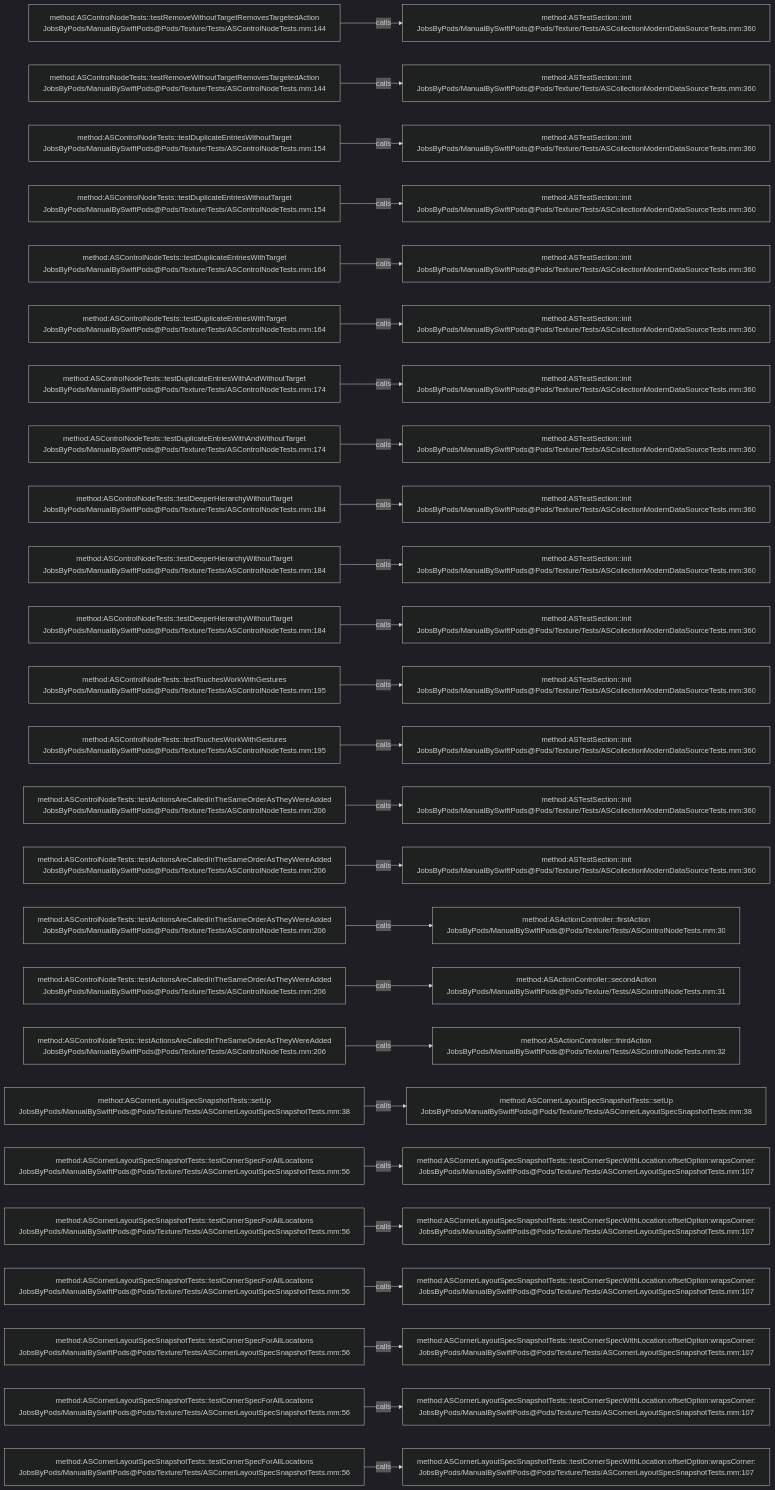
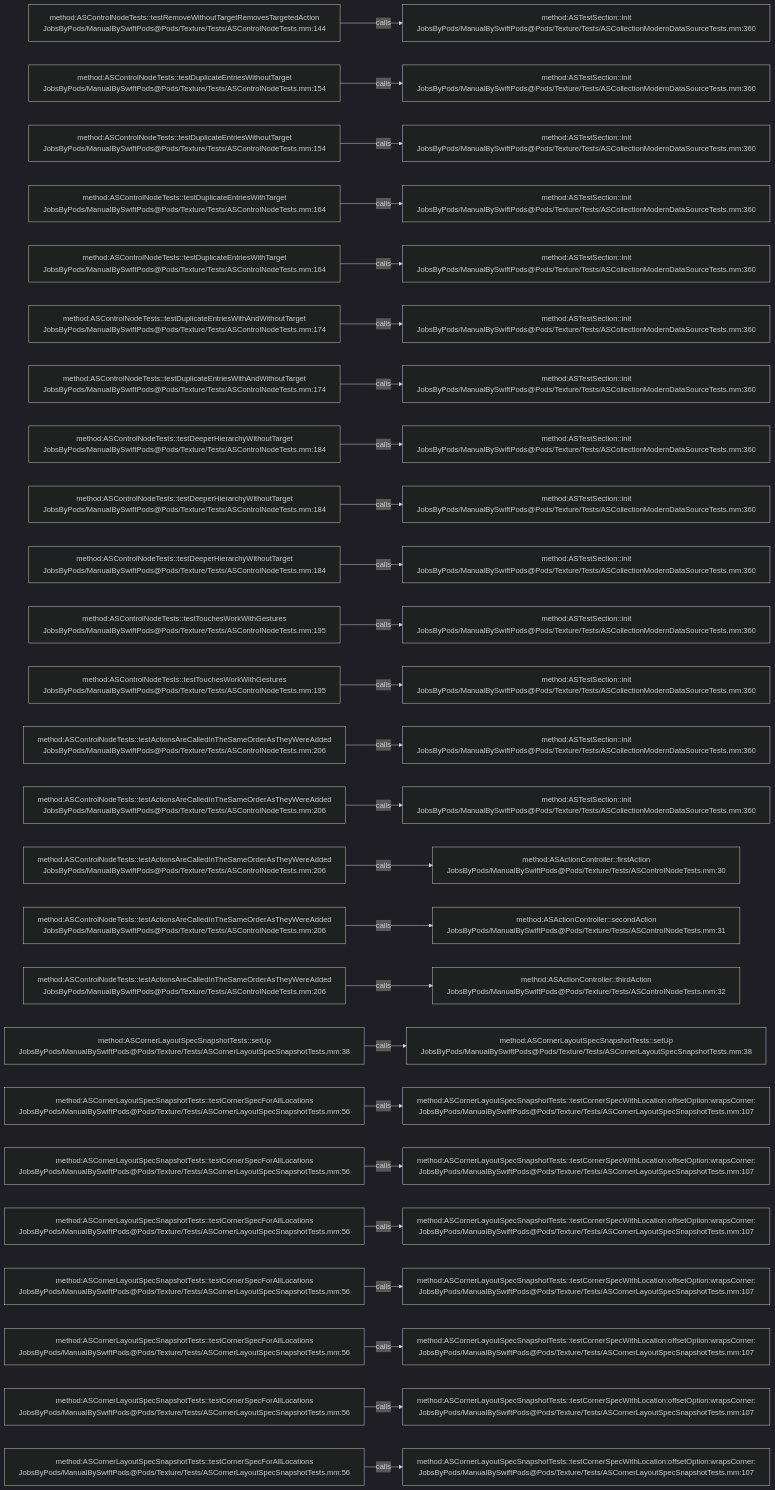
Before and after one commit to JobsKits/JobsSwiftBaseConfigDemo: the diagram in .codegraph/codegraph.md/graphs/calls-176.md, drawn with Mermaid (dark theme). The commit also changed 747 other files, not shown here.

````diff
--- a/.codegraph/codegraph.md/graphs/calls-176.md
+++ b/.codegraph/codegraph.md/graphs/calls-176.md
@@ -13,78 +13,78 @@
 ```mermaid
 flowchart LR
   S1["method:ASControlNodeTests::testRemoveWithoutTargetRemovesTargetedAction<br/>JobsByPods/ManualBySwiftPods@Pods/Texture/Tests/ASControlNodeTests.mm:144"]
   T1["method:ASTestSection::init<br/>JobsByPods/ManualBySwiftPods@Pods/Texture/Tests/ASCollectionModernDataSourceTests.mm:360"]
   S1 -->|calls| T1
-  S2["method:ASControlNodeTests::testRemoveWithoutTargetRemovesTargetedAction<br/>JobsByPods/ManualBySwiftPods@Pods/Texture/Tests/ASControlNodeTests.mm:144"]
+  S2["method:ASControlNodeTests::testDuplicateEntriesWithoutTarget<br/>JobsByPods/ManualBySwiftPods@Pods/Texture/Tests/ASControlNodeTests.mm:154"]
   T2["method:ASTestSection::init<br/>JobsByPods/ManualBySwiftPods@Pods/Texture/Tests/ASCollectionModernDataSourceTests.mm:360"]
   S2 -->|calls| T2
   S3["method:ASControlNodeTests::testDuplicateEntriesWithoutTarget<br/>JobsByPods/ManualBySwiftPods@Pods/Texture/Tests/ASControlNodeTests.mm:154"]
   T3["method:ASTestSection::init<br/>JobsByPods/ManualBySwiftPods@Pods/Texture/Tests/ASCollectionModernDataSourceTests.mm:360"]
   S3 -->|calls| T3
-  S4["method:ASControlNodeTests::testDuplicateEntriesWithoutTarget<br/>JobsByPods/ManualBySwiftPods@Pods/Texture/Tests/ASControlNodeTests.mm:154"]
+  S4["method:ASControlNodeTests::testDuplicateEntriesWithTarget<br/>JobsByPods/ManualBySwiftPods@Pods/Texture/Tests/ASControlNodeTests.mm:164"]
   T4["method:ASTestSection::init<br/>JobsByPods/ManualBySwiftPods@Pods/Texture/Tests/ASCollectionModernDataSourceTests.mm:360"]
   S4 -->|calls| T4
   S5["method:ASControlNodeTests::testDuplicateEntriesWithTarget<br/>JobsByPods/ManualBySwiftPods@Pods/Texture/Tests/ASControlNodeTests.mm:164"]
   T5["method:ASTestSection::init<br/>JobsByPods/ManualBySwiftPods@Pods/Texture/Tests/ASCollectionModernDataSourceTests.mm:360"]
   S5 -->|calls| T5
-  S6["method:ASControlNodeTests::testDuplicateEntriesWithTarget<br/>JobsByPods/ManualBySwiftPods@Pods/Texture/Tests/ASControlNodeTests.mm:164"]
+  S6["method:ASControlNodeTests::testDuplicateEntriesWithAndWithoutTarget<br/>JobsByPods/ManualBySwiftPods@Pods/Texture/Tests/ASControlNodeTests.mm:174"]
   T6["method:ASTestSection::init<br/>JobsByPods/ManualBySwiftPods@Pods/Texture/Tests/ASCollectionModernDataSourceTests.mm:360"]
   S6 -->|calls| T6
   S7["method:ASControlNodeTests::testDuplicateEntriesWithAndWithoutTarget<br/>JobsByPods/ManualBySwiftPods@Pods/Texture/Tests/ASControlNodeTests.mm:174"]
   T7["method:ASTestSection::init<br/>JobsByPods/ManualBySwiftPods@Pods/Texture/Tests/ASCollectionModernDataSourceTests.mm:360"]
   S7 -->|calls| T7
-  S8["method:ASControlNodeTests::testDuplicateEntriesWithAndWithoutTarget<br/>JobsByPods/ManualBySwiftPods@Pods/Texture/Tests/ASControlNodeTests.mm:174"]
+  S8["method:ASControlNodeTests::testDeeperHierarchyWithoutTarget<br/>JobsByPods/ManualBySwiftPods@Pods/Texture/Tests/ASControlNodeTests.mm:184"]
   T8["method:ASTestSection::init<br/>JobsByPods/ManualBySwiftPods@Pods/Texture/Tests/ASCollectionModernDataSourceTests.mm:360"]
   S8 -->|calls| T8
   S9["method:ASControlNodeTests::testDeeperHierarchyWithoutTarget<br/>JobsByPods/ManualBySwiftPods@Pods/Texture/Tests/ASControlNodeTests.mm:184"]
   T9["method:ASTestSection::init<br/>JobsByPods/ManualBySwiftPods@Pods/Texture/Tests/ASCollectionModernDataSourceTests.mm:360"]
   S9 -->|calls| T9
   S10["method:ASControlNodeTests::testDeeperHierarchyWithoutTarget<br/>JobsByPods/ManualBySwiftPods@Pods/Texture/Tests/ASControlNodeTests.mm:184"]
   T10["method:ASTestSection::init<br/>JobsByPods/ManualBySwiftPods@Pods/Texture/Tests/ASCollectionModernDataSourceTests.mm:360"]
   S10 -->|calls| T10
-  S11["method:ASControlNodeTests::testDeeperHierarchyWithoutTarget<br/>JobsByPods/ManualBySwiftPods@Pods/Texture/Tests/ASControlNodeTests.mm:184"]
+  S11["method:ASControlNodeTests::testTouchesWorkWithGestures<br/>JobsByPods/ManualBySwiftPods@Pods/Texture/Tests/ASControlNodeTests.mm:195"]
   T11["method:ASTestSection::init<br/>JobsByPods/ManualBySwiftPods@Pods/Texture/Tests/ASCollectionModernDataSourceTests.mm:360"]
   S11 -->|calls| T11
   S12["method:ASControlNodeTests::testTouchesWorkWithGestures<br/>JobsByPods/ManualBySwiftPods@Pods/Texture/Tests/ASControlNodeTests.mm:195"]
   T12["method:ASTestSection::init<br/>JobsByPods/ManualBySwiftPods@Pods/Texture/Tests/ASCollectionModernDataSourceTests.mm:360"]
   S12 -->|calls| T12
-  S13["method:ASControlNodeTests::testTouchesWorkWithGestures<br/>JobsByPods/ManualBySwiftPods@Pods/Texture/Tests/ASControlNodeTests.mm:195"]
+  S13["method:ASControlNodeTests::testActionsAreCalledInTheSameOrderAsTheyWereAdded<br/>JobsByPods/ManualBySwiftPods@Pods/Texture/Tests/ASControlNodeTests.mm:206"]
   T13["method:ASTestSection::init<br/>JobsByPods/ManualBySwiftPods@Pods/Texture/Tests/ASCollectionModernDataSourceTests.mm:360"]
   S13 -->|calls| T13
   S14["method:ASControlNodeTests::testActionsAreCalledInTheSameOrderAsTheyWereAdded<br/>JobsByPods/ManualBySwiftPods@Pods/Texture/Tests/ASControlNodeTests.mm:206"]
   T14["method:ASTestSection::init<br/>JobsByPods/ManualBySwiftPods@Pods/Texture/Tests/ASCollectionModernDataSourceTests.mm:360"]
   S14 -->|calls| T14
   S15["method:ASControlNodeTests::testActionsAreCalledInTheSameOrderAsTheyWereAdded<br/>JobsByPods/ManualBySwiftPods@Pods/Texture/Tests/ASControlNodeTests.mm:206"]
-  T15["method:ASTestSection::init<br/>JobsByPods/ManualBySwiftPods@Pods/Texture/Tests/ASCollectionModernDataSourceTests.mm:360"]
+  T15["method:ASActionController::firstAction<br/>JobsByPods/ManualBySwiftPods@Pods/Texture/Tests/ASControlNodeTests.mm:30"]
   S15 -->|calls| T15
   S16["method:ASControlNodeTests::testActionsAreCalledInTheSameOrderAsTheyWereAdded<br/>JobsByPods/ManualBySwiftPods@Pods/Texture/Tests/ASControlNodeTests.mm:206"]
-  T16["method:ASActionController::firstAction<br/>JobsByPods/ManualBySwiftPods@Pods/Texture/Tests/ASControlNodeTests.mm:30"]
+  T16["method:ASActionController::secondAction<br/>JobsByPods/ManualBySwiftPods@Pods/Texture/Tests/ASControlNodeTests.mm:31"]
   S16 -->|calls| T16
   S17["method:ASControlNodeTests::testActionsAreCalledInTheSameOrderAsTheyWereAdded<br/>JobsByPods/ManualBySwiftPods@Pods/Texture/Tests/ASControlNodeTests.mm:206"]
-  T17["method:ASActionController::secondAction<br/>JobsByPods/ManualBySwiftPods@Pods/Texture/Tests/ASControlNodeTests.mm:31"]
+  T17["method:ASActionController::thirdAction<br/>JobsByPods/ManualBySwiftPods@Pods/Texture/Tests/ASControlNodeTests.mm:32"]
   S17 -->|calls| T17
-  S18["method:ASControlNodeTests::testActionsAreCalledInTheSameOrderAsTheyWereAdded<br/>JobsByPods/ManualBySwiftPods@Pods/Texture/Tests/ASControlNodeTests.mm:206"]
-  T18["method:ASActionController::thirdAction<br/>JobsByPods/ManualBySwiftPods@Pods/Texture/Tests/ASControlNodeTests.mm:32"]
+  S18["method:ASCornerLayoutSpecSnapshotTests::setUp<br/>JobsByPods/ManualBySwiftPods@Pods/Texture/Tests/ASCornerLayoutSpecSnapshotTests.mm:38"]
+  T18["method:ASCornerLayoutSpecSnapshotTests::setUp<br/>JobsByPods/ManualBySwiftPods@Pods/Texture/Tests/ASCornerLayoutSpecSnapshotTests.mm:38"]
   S18 -->|calls| T18
-  S19["method:ASCornerLayoutSpecSnapshotTests::setUp<br/>JobsByPods/ManualBySwiftPods@Pods/Texture/Tests/ASCornerLayoutSpecSnapshotTests.mm:38"]
-  T19["method:ASCornerLayoutSpecSnapshotTests::setUp<br/>JobsByPods/ManualBySwiftPods@Pods/Texture/Tests/ASCornerLayoutSpecSnapshotTests.mm:38"]
+  S19["method:ASCornerLayoutSpecSnapshotTests::testCornerSpecForAllLocations<br/>JobsByPods/ManualBySwiftPods@Pods/Texture/Tests/ASCornerLayoutSpecSnapshotTests.mm:56"]
+  T19["method:ASCornerLayoutSpecSnapshotTests::testCornerSpecWithLocation:offsetOption:wrapsCorner:<br/>JobsByPods/ManualBySwiftPods@Pods/Texture/Tests/ASCornerLayoutSpecSnapshotTests.mm:107"]
   S19 -->|calls| T19
   S20["method:ASCornerLayoutSpecSnapshotTests::testCornerSpecForAllLocations<br/>JobsByPods/ManualBySwiftPods@Pods/Texture/Tests/ASCornerLayoutSpecSnapshotTests.mm:56"]
   T20["method:ASCornerLayoutSpecSnapshotTests::testCornerSpecWithLocation:offsetOption:wrapsCorner:<br/>JobsByPods/ManualBySwiftPods@Pods/Texture/Tests/ASCornerLayoutSpecSnapshotTests.mm:107"]
   S20 -->|calls| T20
   S21["method:ASCornerLayoutSpecSnapshotTests::testCornerSpecForAllLocations<br/>JobsByPods/ManualBySwiftPods@Pods/Texture/Tests/ASCornerLayoutSpecSnapshotTests.mm:56"]
   T21["method:ASCornerLayoutSpecSnapshotTests::testCornerSpecWithLocation:offsetOption:wrapsCorner:<br/>JobsByPods/ManualBySwiftPods@Pods/Texture/Tests/ASCornerLayoutSpecSnapshotTests.mm:107"]
   S21 -->|calls| T21
   S22["method:ASCornerLayoutSpecSnapshotTests::testCornerSpecForAllLocations<br/>JobsByPods/ManualBySwiftPods@Pods/Texture/Tests/ASCornerLayoutSpecSnapshotTests.mm:56"]
   T22["method:ASCornerLayoutSpecSnapshotTests::testCornerSpecWithLocation:offsetOption:wrapsCorner:<br/>JobsByPods/ManualBySwiftPods@Pods/Texture/Tests/ASCornerLayoutSpecSnapshotTests.mm:107"]
   S22 -->|calls| T22
   S23["method:ASCornerLayoutSpecSnapshotTests::testCornerSpecForAllLocations<br/>JobsByPods/ManualBySwiftPods@Pods/Texture/Tests/ASCornerLayoutSpecSnapshotTests.mm:56"]
   T23["method:ASCornerLayoutSpecSnapshotTests::testCornerSpecWithLocation:offsetOption:wrapsCorner:<br/>JobsByPods/ManualBySwiftPods@Pods/Texture/Tests/ASCornerLayoutSpecSnapshotTests.mm:107"]
   S23 -->|calls| T23
   S24["method:ASCornerLayoutSpecSnapshotTests::testCornerSpecForAllLocations<br/>JobsByPods/ManualBySwiftPods@Pods/Texture/Tests/ASCornerLayoutSpecSnapshotTests.mm:56"]
   T24["method:ASCornerLayoutSpecSnapshotTests::testCornerSpecWithLocation:offsetOption:wrapsCorner:<br/>JobsByPods/ManualBySwiftPods@Pods/Texture/Tests/ASCornerLayoutSpecSnapshotTests.mm:107"]
   S24 -->|calls| T24
   S25["method:ASCornerLayoutSpecSnapshotTests::testCornerSpecForAllLocations<br/>JobsByPods/ManualBySwiftPods@Pods/Texture/Tests/ASCornerLayoutSpecSnapshotTests.mm:56"]
   T25["method:ASCornerLayoutSpecSnapshotTests::testCornerSpecWithLocation:offsetOption:wrapsCorner:<br/>JobsByPods/ManualBySwiftPods@Pods/Texture/Tests/ASCornerLayoutSpecSnapshotTests.mm:107"]
   S25 -->|calls| T25
 ```
````
